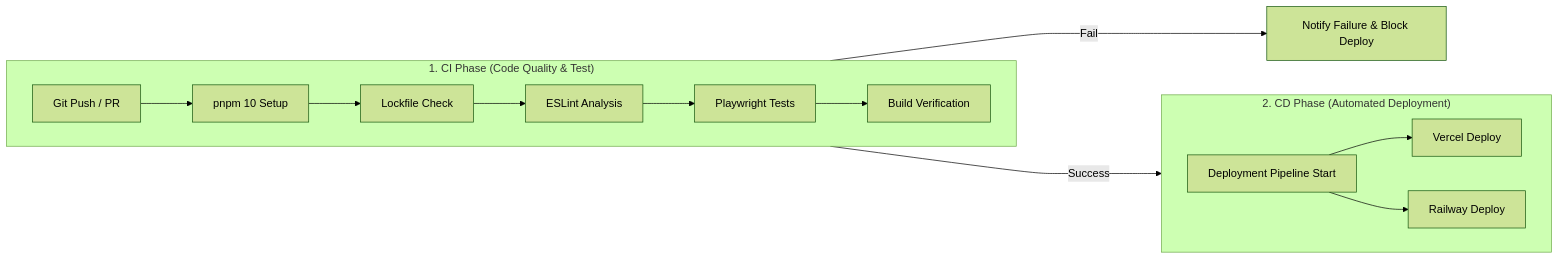
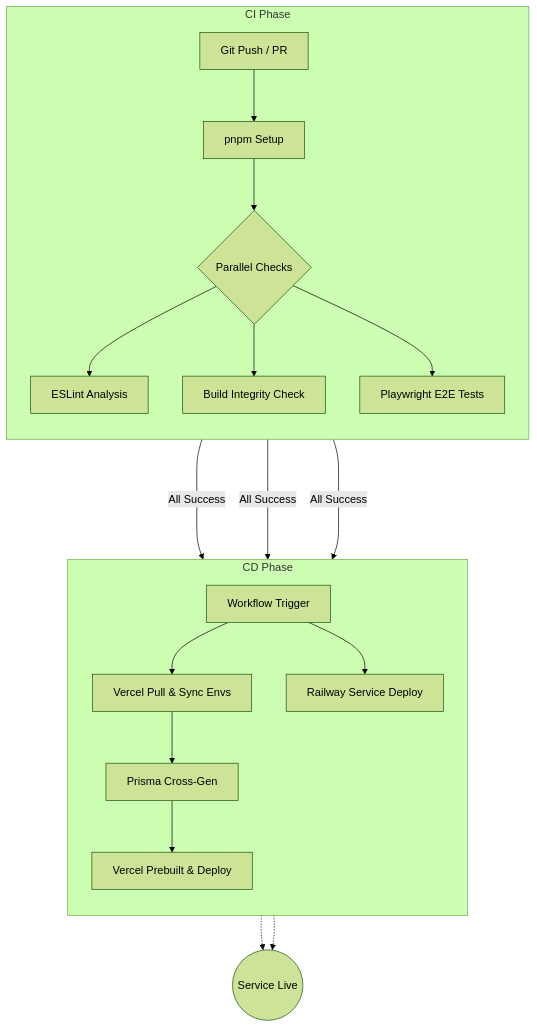
The third of 3 diagrams in README.md (team-croni/Cromo), drawn with Mermaid (forest theme) before and after one commit. The commit also changed other lines of this file and 1 other file, not shown here.

Commit message:
fix: ci.yml에 paths-ignore 설정 추가

````diff
--- a/README.md
+++ b/README.md
@@ -294,24 +294,26 @@
 ```mermaid
-graph LR
-    subgraph CI ["1. CI Phase (Code Quality & Test)"]
-        direction LR
-        A[Git Push / PR] --> B[pnpm 10 Setup]
-        B --> C[Lockfile Check]
+graph TD
+    subgraph CI ["CI Phase"]
+        direction TB
+        A[Git Push / PR] --> B[pnpm Setup]
+        B --> C{Parallel Checks}
         C --> D[ESLint Analysis]
-        D --> E[Playwright Tests]
-        E --> F[Build Verification]
+        C --> E[Build Integrity Check]
+        C --> F[Playwright E2E Tests]
     end
 
-    %% CI와 CD 사이의 연결을 더 길게 설정 (---)
-    F ---->|Success| H
-    F ---->|Fail| K
-
-    subgraph CD ["2. CD Phase (Automated Deployment)"]
-        direction LR
-        H[Deployment Pipeline Start]
-        H --> I[Vercel Deploy]
-        H --> J[Railway Deploy]
+    subgraph CD ["CD Phase"]
+        direction TB
+        G[Workflow Trigger] --> H[Vercel Pull & Sync Envs]
+        H --> I[Prisma Cross-Gen]
+        I --> J[Vercel Prebuilt & Deploy]
+        G --> K[Railway Service Deploy]
     end
 
-    K[Notify Failure & Block Deploy]
+    F ---->|All Success| G
+    E ---->|All Success| G
+    D ---->|All Success| G
+
+    J -.-> L((Service Live))
+    K -.-> L
 ```
````
